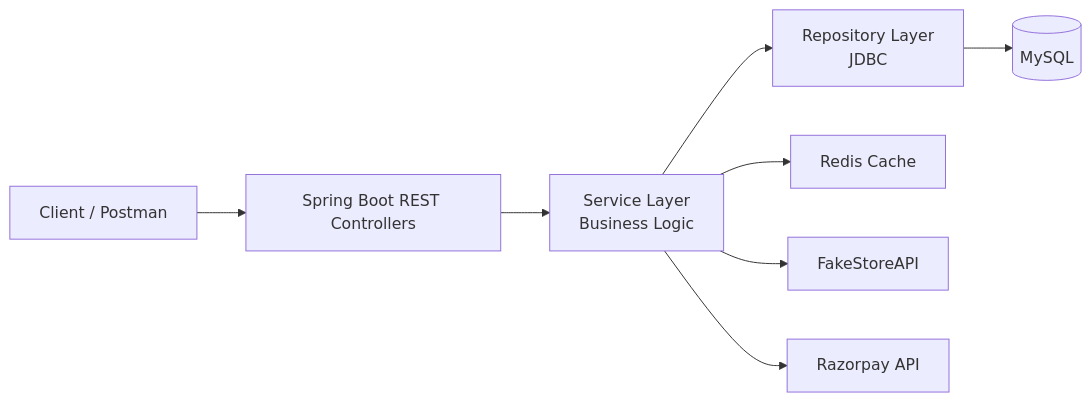
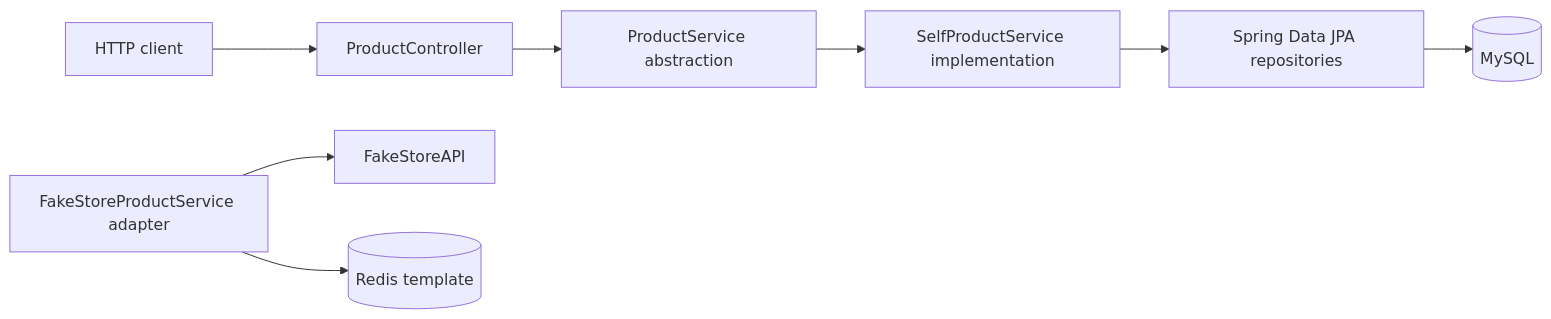
Before and after one commit to FaiazS/ScalerEcommerceProject: the diagram in README.md, drawn with Mermaid. The commit also changed other lines of this file, not shown here.

````diff
--- a/README.md
+++ b/README.md
@@ -21,10 +41,10 @@
 ```mermaid
 flowchart LR
-    Client[Client / Postman] --> Controller[Spring Boot REST Controllers]
-    Controller --> Service[Service Layer\nBusiness Logic]
-    Service --> Repository[Repository Layer\nJDBC]
-    Repository --> MySQL[(MySQL)]
-    Service --> Cache[Redis Cache]
-    Service --> Catalog[FakeStoreAPI]
-    Service --> Payment[Razorpay API]
+    Client[HTTP client] --> Controller[ProductController]
+    Controller --> Service[ProductService abstraction]
+    Service --> JPA[SelfProductService implementation]
+    JPA --> Repo[Spring Data JPA repositories]
+    Repo --> DB[(MySQL)]
+    Adapter[FakeStoreProductService adapter] --> API[FakeStoreAPI]
+    Adapter --> Cache[(Redis template)]
 ```
````
